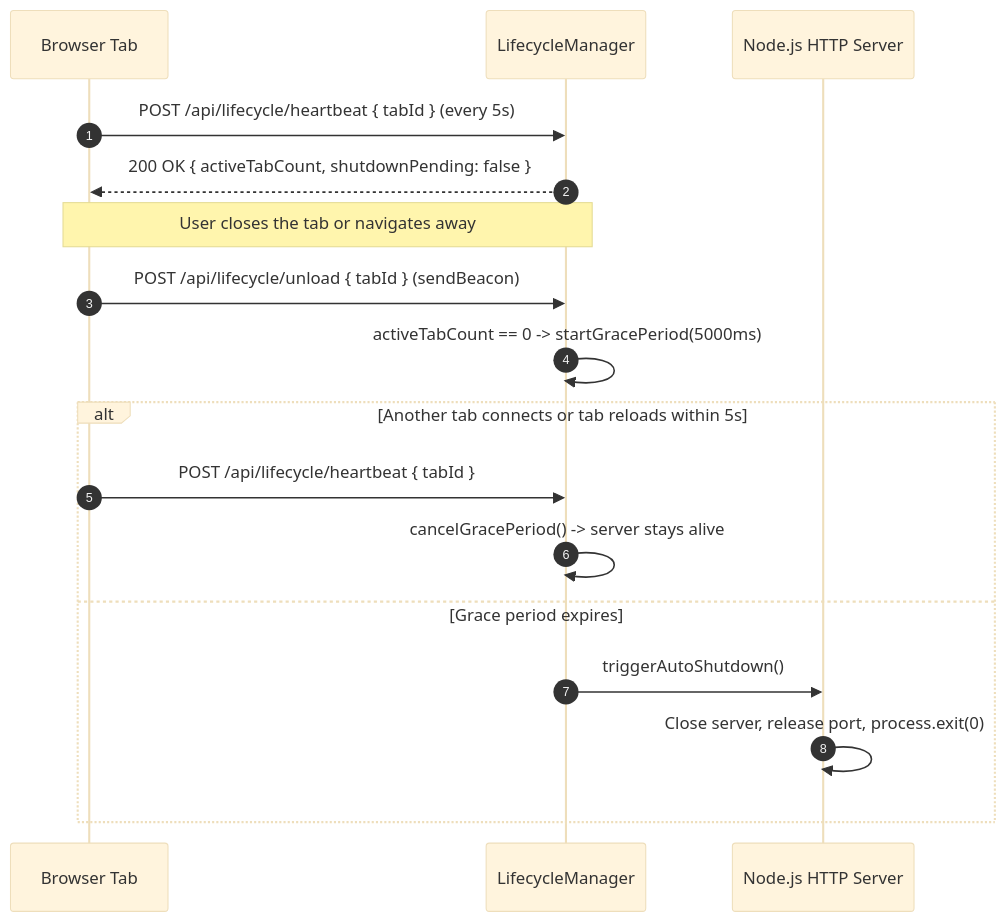
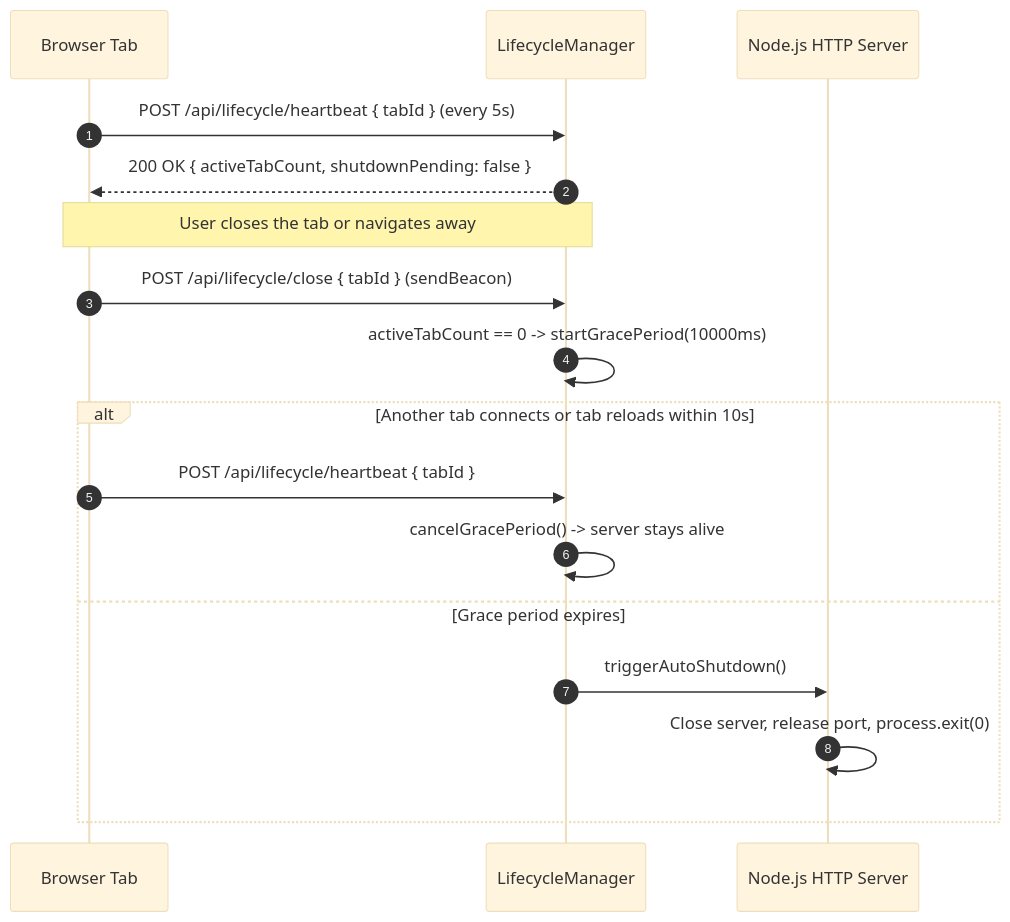
One commit to NgTuanDung029/VirtualOffice changed the first of 2 diagrams in PROJECT_CONTEXT.md. Above: the diagram before and after it, drawn with Mermaid (base theme). The commit also changed other lines of this file and 6 other files, not shown here.

Commit message:
fix: increase shutdown grace period to 10s and prevent premature idle timeout

````diff
--- a/PROJECT_CONTEXT.md
+++ b/PROJECT_CONTEXT.md
@@ -102,22 +106,22 @@
 ```mermaid
 sequenceDiagram
   autonumber
   participant Browser as Browser Tab
   participant LM as LifecycleManager
   participant Server as Node.js HTTP Server
 
   Browser->>LM: POST /api/lifecycle/heartbeat { tabId } (every 5s)
   LM-->>Browser: 200 OK { activeTabCount, shutdownPending: false }
 
   Note over Browser,LM: User closes the tab or navigates away
-  Browser->>LM: POST /api/lifecycle/unload { tabId } (sendBeacon)
-  LM->>LM: activeTabCount == 0 -> startGracePeriod(5000ms)
+  Browser->>LM: POST /api/lifecycle/close { tabId } (sendBeacon)
+  LM->>LM: activeTabCount == 0 -> startGracePeriod(10000ms)
 
-  alt Another tab connects or tab reloads within 5s
+  alt Another tab connects or tab reloads within 10s
     Browser->>LM: POST /api/lifecycle/heartbeat { tabId }
     LM->>LM: cancelGracePeriod() -> server stays alive
   else Grace period expires
     LM->>Server: triggerAutoShutdown()
     Server->>Server: Close server, release port, process.exit(0)
   end
 ```
````
